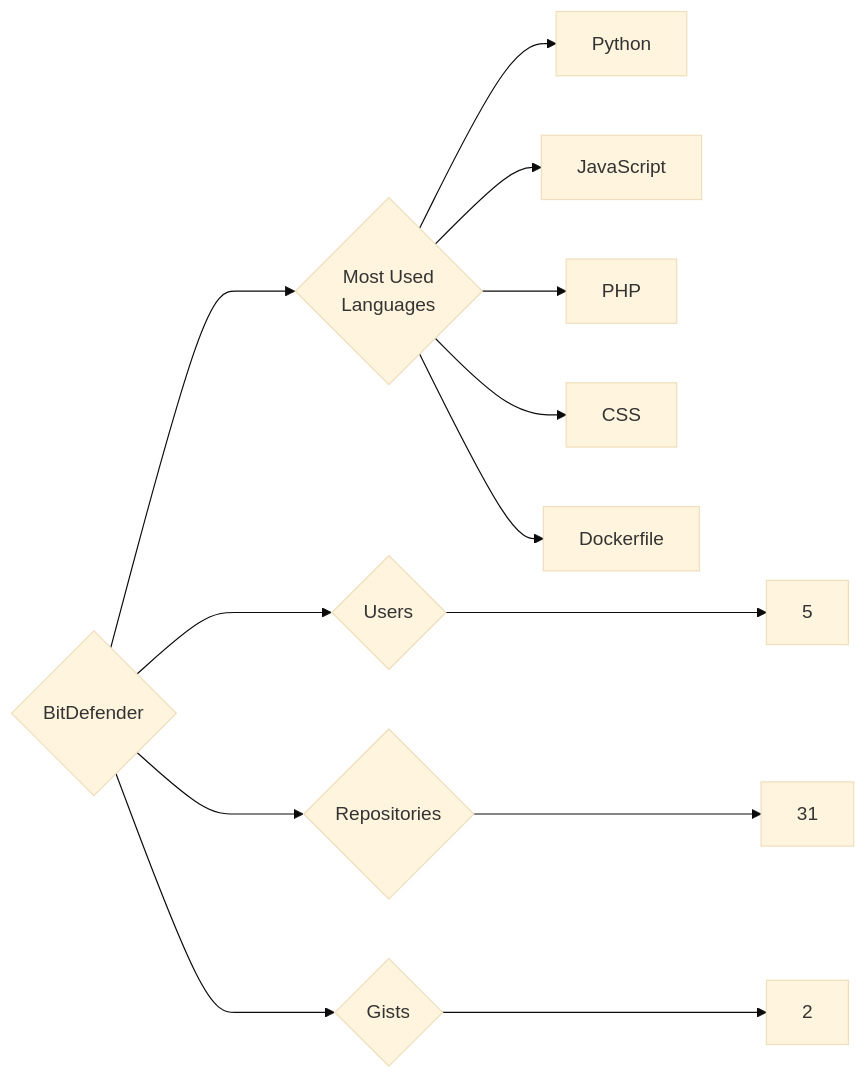
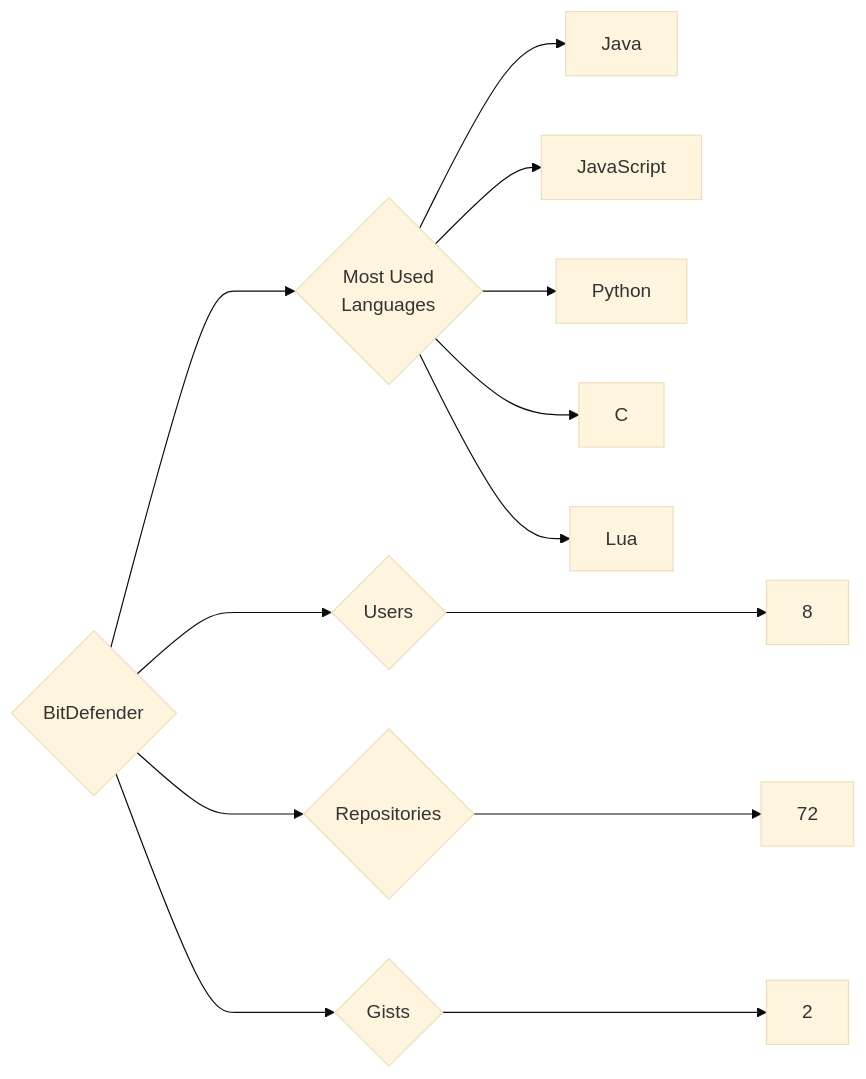
The diagram in targets/BitDefender/README.md (trickest/insiders), drawn with Mermaid (base theme) before and after one commit. The commit also changed 927 other files, not shown here.

````diff
--- a/targets/BitDefender/README.md
+++ b/targets/BitDefender/README.md
@@ -3,13 +3,13 @@
 ```mermaid
 graph LR
 COMPANY_NAME{BitDefender}
-COMPANY_NAME ---> U{Users} ---> UN[5]
-COMPANY_NAME ---> R{Repositories} ---> RN[31]
+COMPANY_NAME ---> U{Users} ---> UN[8]
+COMPANY_NAME ---> R{Repositories} ---> RN[72]
 COMPANY_NAME ---> G{Gists} ---> GN[2]
 COMPANY_NAME ---> ML{Most Used<br>Languages}
+ML --> Java[Java]
+ML --> JavaScript[JavaScript]
 ML --> Python[Python]
-ML --> JavaScript[JavaScript]
-ML --> PHP[PHP]
-ML --> CSS[CSS]
-ML --> Dockerfile[Dockerfile]
+ML --> C[C]
+ML --> Lua[Lua]
 ```
````
